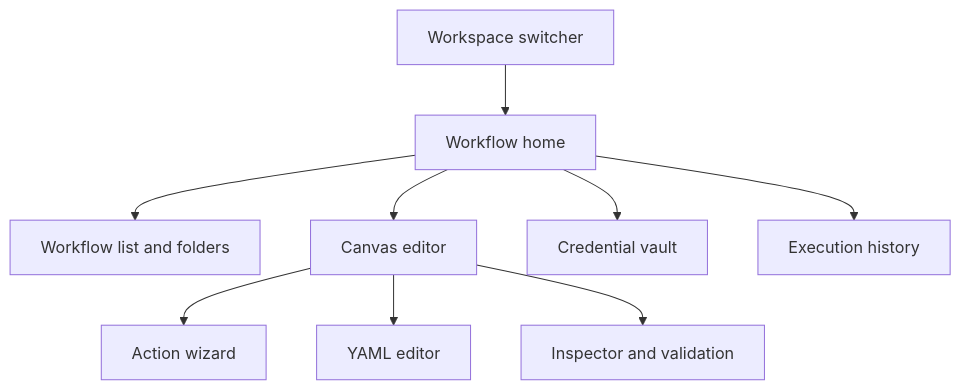
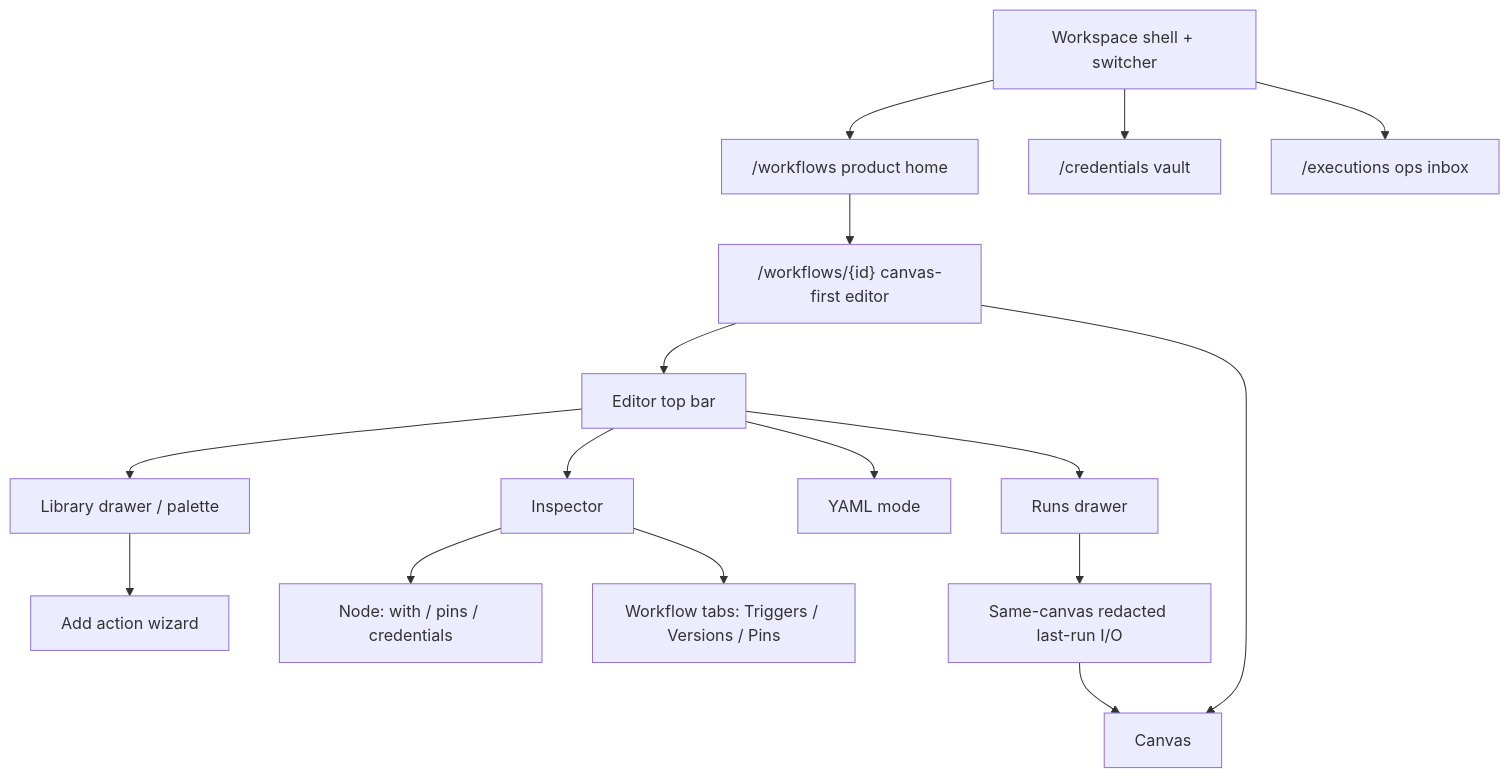
Before and after one commit to bbengt1/flowforge: the diagram in docs/reference/frontend-ui.md, drawn with Mermaid. The commit also changed other lines of this file and 3 other files, not shown here.

First line of the commit message:
docs: UX.12 canvas-first IA diagram and authoring walkthrough (#219)

````diff
--- a/docs/reference/frontend-ui.md
+++ b/docs/reference/frontend-ui.md
@@ -11,11 +15,34 @@
 ```mermaid
 flowchart TB
-  W[Workspace switcher] --> H[Workflow home]
-  H --> L[Workflow list and folders]
-  H --> C[Canvas editor]
-  H --> V[Credential vault]
-  H --> R[Execution history]
-  C --> A[Action wizard]
-  C --> Y[YAML editor]
-  C --> I[Inspector and validation]
+  Shell[Workspace shell + switcher]
+  Home["/workflows product home"]
+  Editor["/workflows/{id} canvas-first editor"]
+  Vault["/credentials vault"]
+  Inbox["/executions ops inbox"]
+  Bar[Editor top bar]
+  Canvas[Canvas]
+  Lib[Library drawer / palette]
+  Insp[Inspector]
+  Yaml[YAML mode]
+  Runs[Runs drawer]
+  Wizard[Add action wizard]
+  NodeInsp["Node: with / pins / credentials"]
+  WfTabs["Workflow tabs: Triggers / Versions / Pins"]
+  Overlay[Same-canvas redacted last-run I/O]
+
+  Shell --> Home
+  Shell --> Vault
+  Shell --> Inbox
+  Home --> Editor
+  Editor --> Bar
+  Editor --> Canvas
+  Bar --> Lib
+  Bar --> Insp
+  Bar --> Yaml
+  Bar --> Runs
+  Lib --> Wizard
+  Insp --> NodeInsp
+  Insp --> WfTabs
+  Runs --> Overlay
+  Overlay --> Canvas
 ```
````
